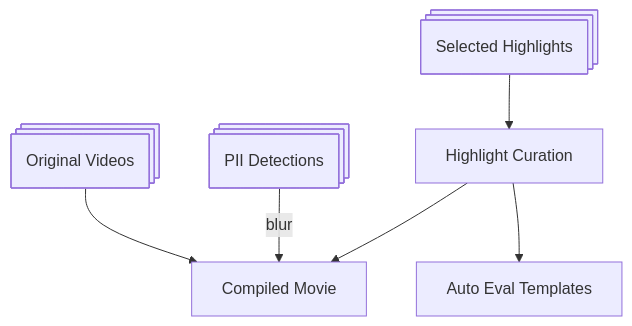
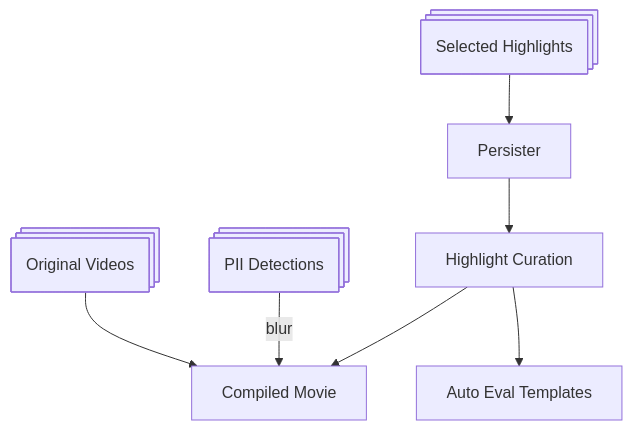
The second of 3 diagrams in src/video_understanding/README.md (hirak99/video-summarizer), drawn with Mermaid before and after one commit. The commit also changed 6 other files, not shown here.

````diff
--- a/src/video_understanding/README.md
+++ b/src/video_understanding/README.md
@@ -57,11 +57,12 @@
 ```mermaid
 flowchart TD
     X[Original Videos] --> B
-    Y[Selected Highlights] --> A
+    Y[Selected Highlights] --> Persist[Persister]
+    Persist --> A
     Z[PII Detections] -- blur --> B
     A[Highlight Curation] --> B[Compiled Movie]
     A --> C[Auto Eval Templates]
     X@{ shape: procs}
     Y@{ shape: procs}
     Z@{ shape: procs}
 ```
````
